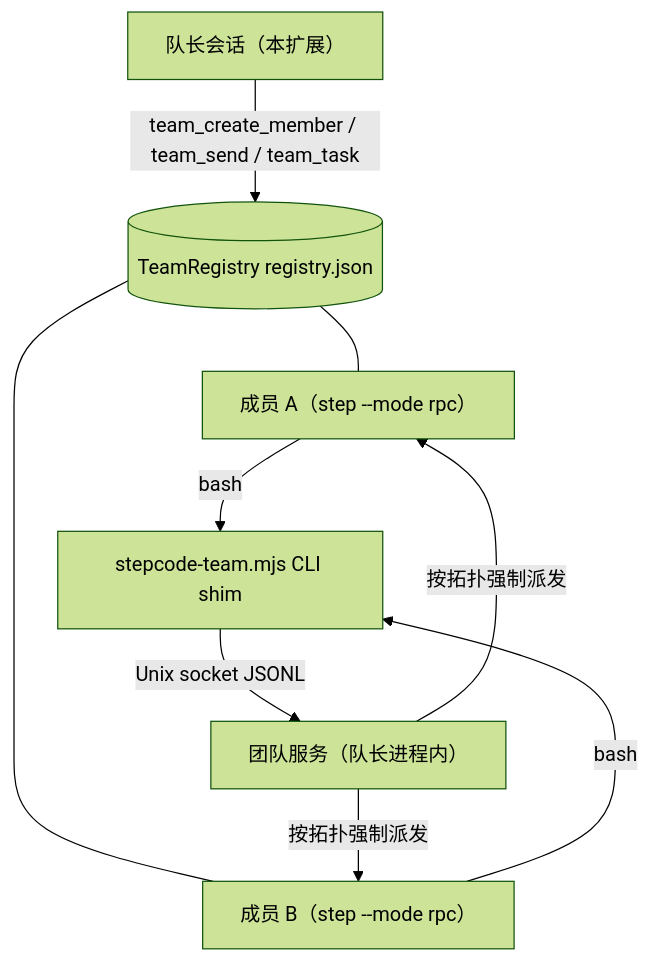
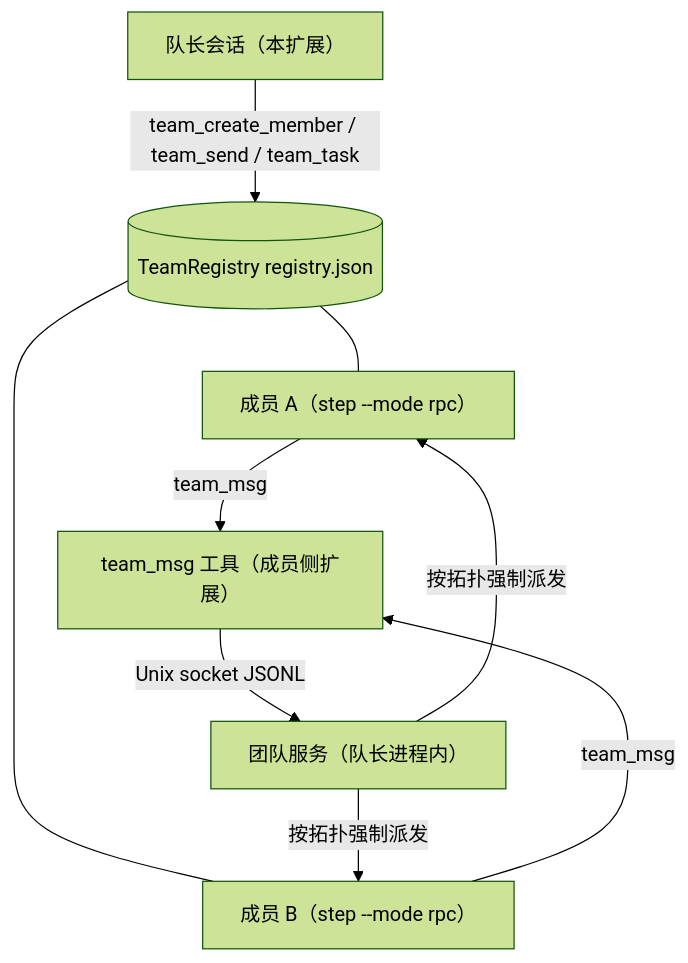
Before and after one commit to CTCingithub/Step-Code-Agent-Team: the first of 6 diagrams in README_CN.md, drawn with Mermaid (forest theme). The commit also changed other lines of this file and 9 other files, not shown here.

First line of the commit message:
docs: document the team_msg messaging mechanism (no bash required)

````diff
--- a/README_CN.md
+++ b/README_CN.md
@@ -17,18 +17,18 @@
 ```mermaid
 flowchart TD
     Leader["队长会话（本扩展）"]
     Registry[("TeamRegistry registry.json")]
     A["成员 A（step --mode rpc）"]
     B["成员 B（step --mode rpc）"]
-    Shim["stepcode-team.mjs CLI shim"]
+    MsgTool["team_msg 工具（成员侧扩展）"]
     Server["团队服务（队长进程内）"]
 
     Leader -->|"team_create_member / team_send / team_task"| Registry
     Registry --- A
     Registry --- B
-    A -->|"bash"| Shim
-    B -->|"bash"| Shim
-    Shim -->|"Unix socket JSONL"| Server
+    A -->|"team_msg"| MsgTool
+    B -->|"team_msg"| MsgTool
+    MsgTool -->|"Unix socket JSONL"| Server
     Server -->|"按拓扑强制派发"| A
     Server -->|"按拓扑强制派发"| B
 ```
````
